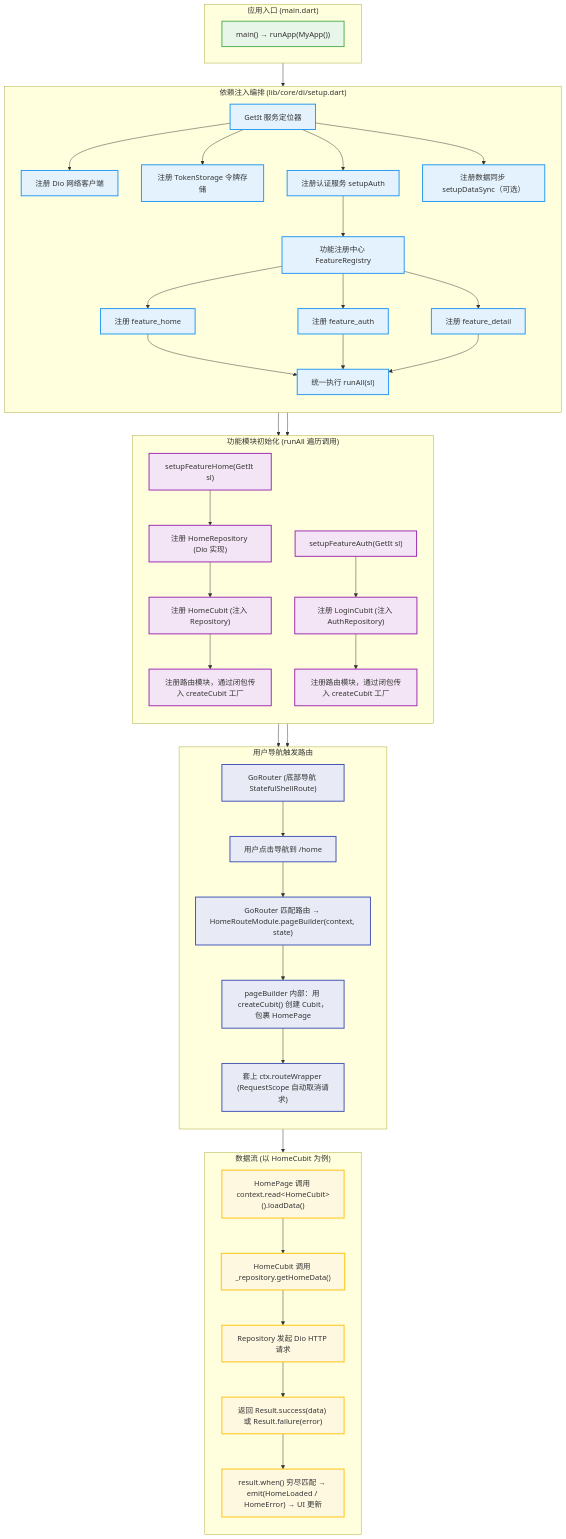
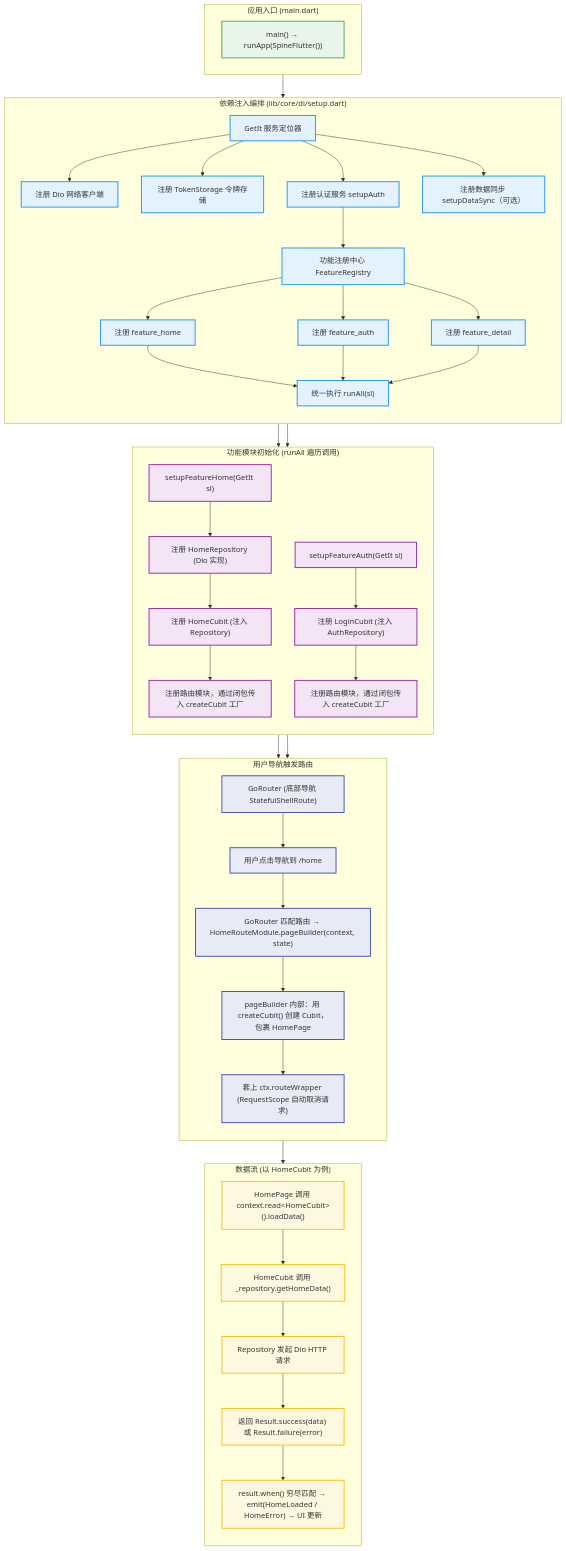
One commit to Kayouyou/spine-flutter changed the diagram in docs/di-injection-flow.md. Above: the diagram before and after it, drawn with Mermaid. The commit also changed 63 other files, not shown here.

First line of the commit message:
refactor(rename): rename project my_app → spine_flutter globally

````diff
--- a/docs/di-injection-flow.md
+++ b/docs/di-injection-flow.md
@@ -5,7 +5,7 @@
 ```mermaid
 flowchart TD
     subgraph Entry["应用入口 (main.dart)"]
-        E1["main() → runApp(MyApp())"]
+        E1["main() → runApp(SpineFlutter())"]
     end
 
     subgraph Composition["依赖注入编排 (lib/core/di/setup.dart)"]
````
